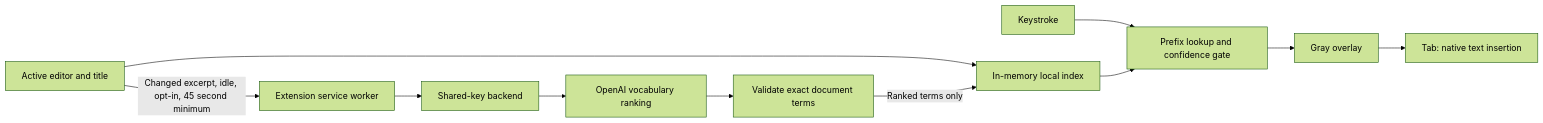
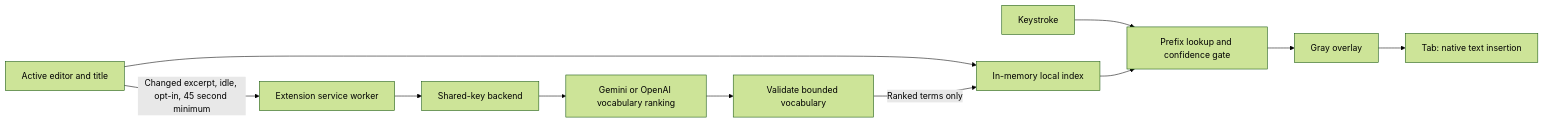
Before and after one commit to mutms7/Typer.AI: the diagram in docs/architecture.md, drawn with Mermaid (forest theme). The commit also changed other lines of this file and 22 other files, not shown here.

Commit message:
Refine typing demo and add Gemini vocabulary extrapolation

````diff
--- a/docs/architecture.md
+++ b/docs/architecture.md
@@ -7,13 +7,13 @@
 ```mermaid
 flowchart LR
   A[Active editor and title] --> B[In-memory local index]
   K[Keystroke] --> P[Prefix lookup and confidence gate]
   B --> P
   P --> G[Gray overlay]
   G --> T[Tab: native text insertion]
   A -->|Changed excerpt, idle, opt-in, 45 second minimum| S[Extension service worker]
   S --> R[Shared-key backend]
-  R --> L[OpenAI vocabulary ranking]
-  L --> V[Validate exact document terms]
+  R --> L[Gemini or OpenAI vocabulary ranking]
+  L --> V[Validate bounded vocabulary]
   V -->|Ranked terms only| B
 ```
````
